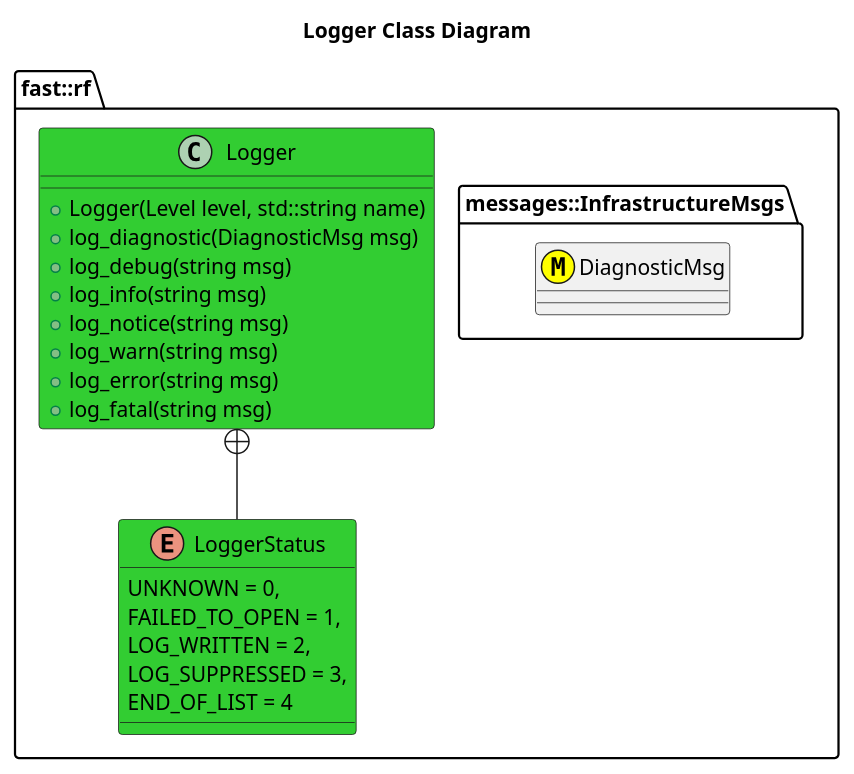
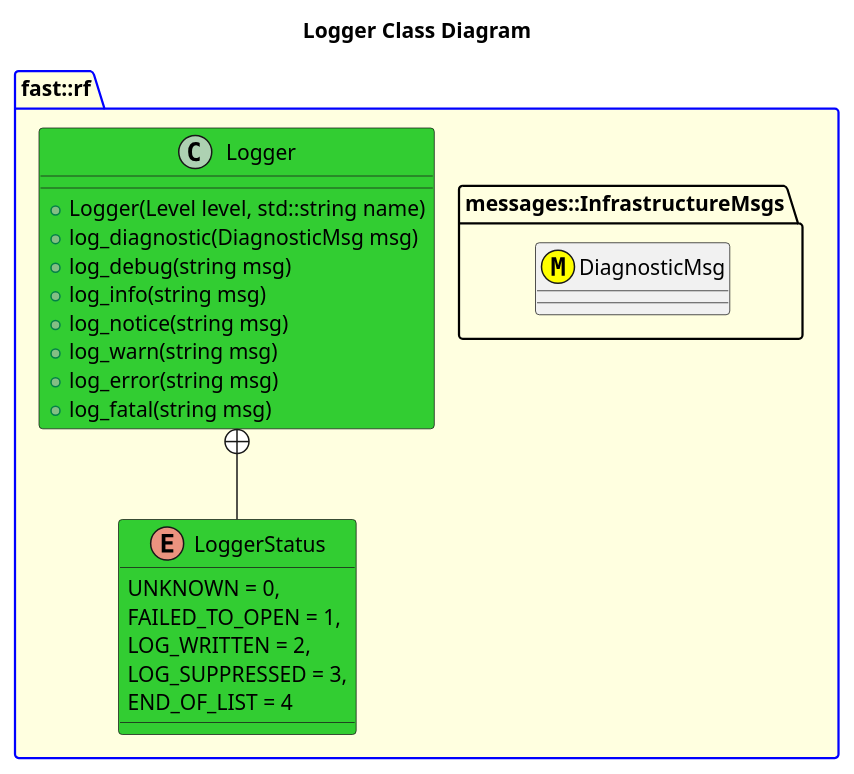
One commit to fastrobotics/robot_framework changed the diagram in include/Infrastructure/doc/puml/LoggerClassDiagram.puml. Above: the diagram before and after it, drawn with PlantUML. The commit also changed 1 other file, not shown here.

```diff
--- a/include/Infrastructure/doc/puml/LoggerClassDiagram.puml
+++ b/include/Infrastructure/doc/puml/LoggerClassDiagram.puml
@@ -1,26 +1,26 @@
 @startuml
 title Logger Class Diagram
-namespace fast::rf {
+package fast::rf #LightYellow;line:blue {
     namespace messages::InfrastructureMsgs {
         class DiagnosticMsg <<(M,#FFFF00)>>
     }
     enum LoggerStatus #LimeGreen {
         UNKNOWN = 0,
         FAILED_TO_OPEN = 1,
         LOG_WRITTEN = 2,
         LOG_SUPPRESSED = 3,
         END_OF_LIST = 4
     }
     class Logger #LimeGreen {
         +Logger(Level level, std::string name)
         +log_diagnostic(DiagnosticMsg msg)
         +log_debug(string msg)
         +log_info(string msg)
         +log_notice(string msg)
         +log_warn(string msg)
         +log_error(string msg)
         +log_fatal(string msg)
     }
     Logger +-- LoggerStatus
 }
 @enduml
```
